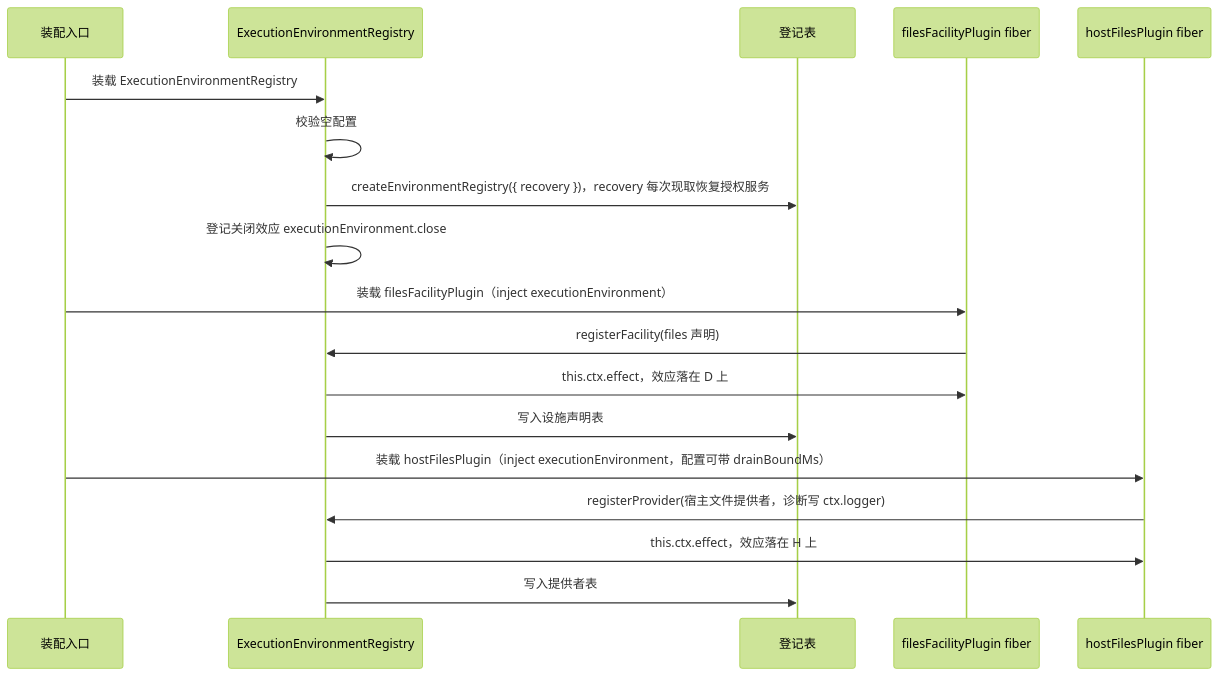
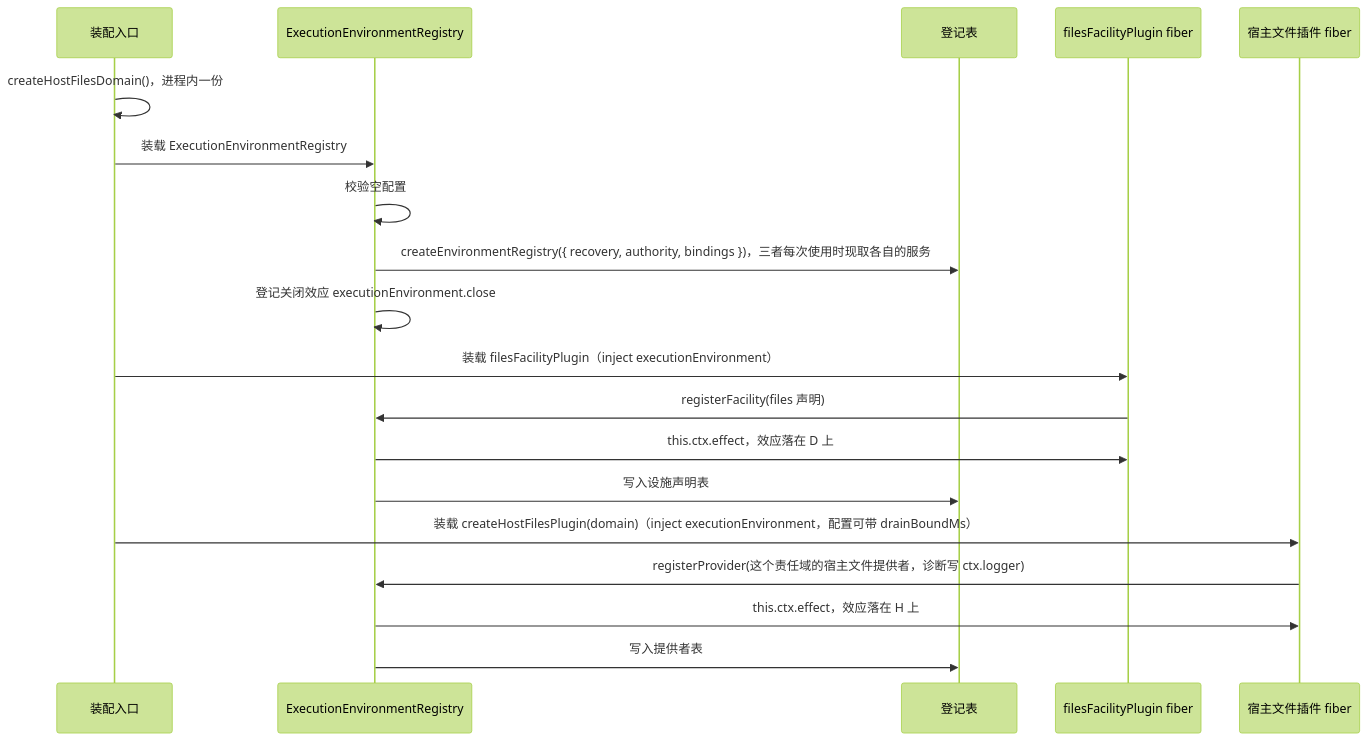
Before and after one commit to nemori-ai/omne-harness-lite: the first of 6 diagrams in packages/execution/execution-environment-host-local/docs/flows.md, drawn with Mermaid (forest theme). The commit also changed other lines of this file and 136 other files, not shown here.

First line of the commit message:
feat(context,execution): RC and EE wave 4 types, registry, host files domain and RQ migration

````diff
--- a/packages/execution/execution-environment-host-local/docs/flows.md
+++ b/packages/execution/execution-environment-host-local/docs/flows.md
@@ -13,20 +13,21 @@
 ```mermaid
 sequenceDiagram
   participant A as 装配入口
   participant S as ExecutionEnvironmentRegistry
   participant R as 登记表
   participant D as filesFacilityPlugin fiber
-  participant H as hostFilesPlugin fiber
+  participant H as 宿主文件插件 fiber
+  A->>A: createHostFilesDomain()，进程内一份
   A->>S: 装载 ExecutionEnvironmentRegistry
   S->>S: 校验空配置
-  S->>R: createEnvironmentRegistry({ recovery })，recovery 每次现取恢复授权服务
+  S->>R: createEnvironmentRegistry({ recovery, authority, bindings })，三者每次使用时现取各自的服务
   S->>S: 登记关闭效应 executionEnvironment.close
   A->>D: 装载 filesFacilityPlugin（inject executionEnvironment）
   D->>S: registerFacility(files 声明)
   S->>D: this.ctx.effect，效应落在 D 上
   S->>R: 写入设施声明表
-  A->>H: 装载 hostFilesPlugin（inject executionEnvironment，配置可带 drainBoundMs）
-  H->>S: registerProvider(宿主文件提供者，诊断写 ctx.logger)
+  A->>H: 装载 createHostFilesPlugin(domain)（inject executionEnvironment，配置可带 drainBoundMs）
+  H->>S: registerProvider(这个责任域的宿主文件提供者，诊断写 ctx.logger)
   S->>H: this.ctx.effect，效应落在 H 上
   S->>R: 写入提供者表
 ```
````
